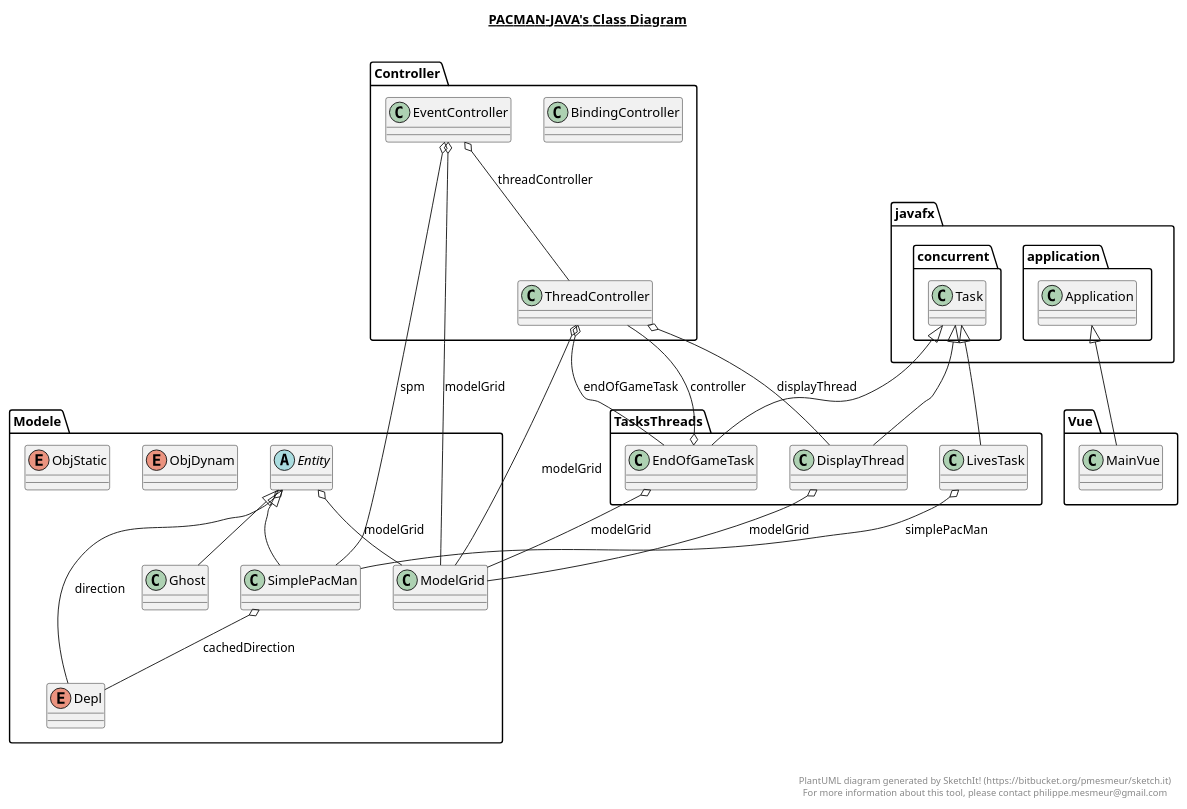
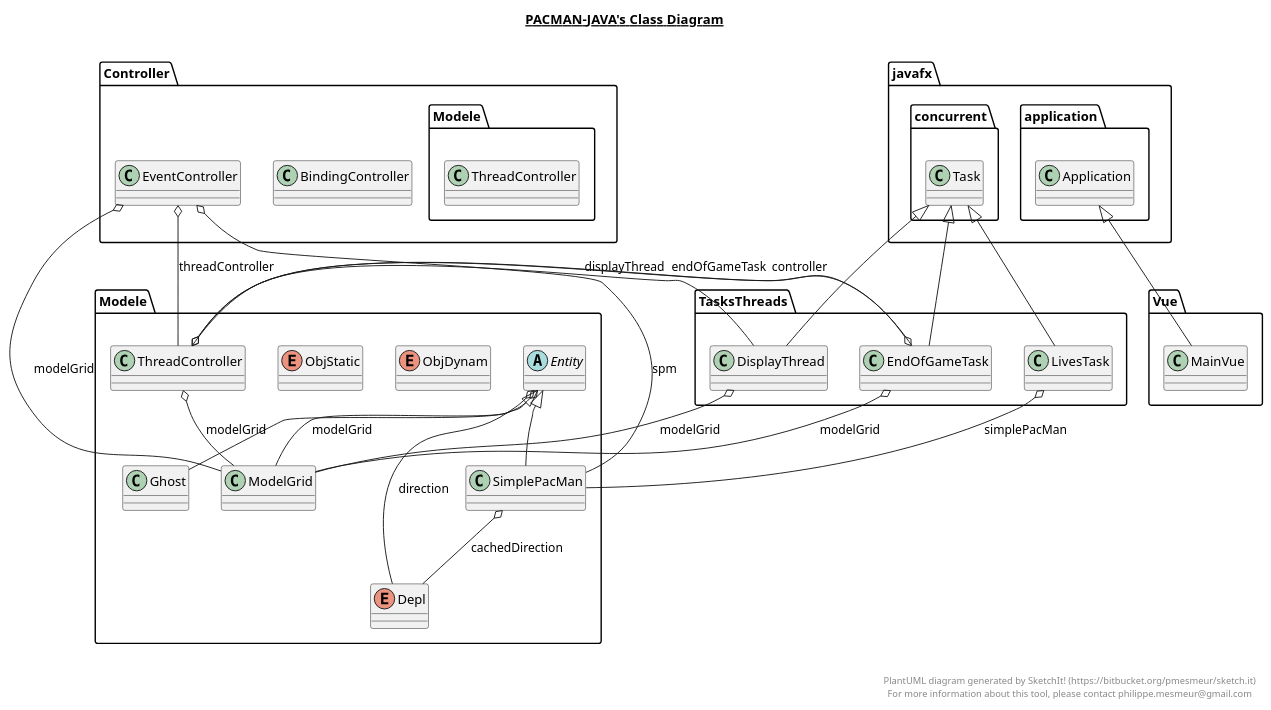
Before and after one commit to SimonGaufreteau/PacMan-Java: the diagram in PacMan-Java.plantuml, drawn with PlantUML. The commit also changed 10 other files, not shown here.

```diff
--- a/PacMan-Java.plantuml
+++ b/PacMan-Java.plantuml
@@ -1,118 +1,118 @@
 @startuml
 
 title __PACMAN-JAVA's Class Diagram__\n
 
   namespace Controller {
     class Controller.BindingController {
     }
   }
   
 
   namespace Controller {
     class Controller.EventController {
     }
   }
   
 
   namespace Controller {
-    class Controller.ThreadController {
+    class Modele.ThreadController {
     }
   }
   
 
   namespace Modele {
     enum Depl {
     }
   }
   
 
   namespace Modele {
     abstract class Modele.Entity {
     }
   }
   
 
   namespace Modele {
     class Modele.Ghost {
     }
   }
   
 
   namespace Modele {
     class Modele.ModelGrid {
     }
   }
   
 
   namespace Modele {
     enum ObjDynam {
     }
   }
   
 
   namespace Modele {
     enum ObjStatic {
     }
   }
   
 
   namespace Modele {
     class Modele.SimplePacMan {
     }
   }
   
 
   namespace TasksThreads {
     class TasksThreads.DisplayThread {
     }
   }
   
 
   namespace TasksThreads {
     class TasksThreads.EndOfGameTask {
     }
   }
   
 
   namespace TasksThreads {
     class TasksThreads.LivesTask {
     }
   }
   
 
   namespace Vue {
     class Vue.MainVue {
     }
   }
   
 
   Controller.EventController o-- Modele.ModelGrid : modelGrid
   Controller.EventController o-- Modele.SimplePacMan : spm
-  Controller.EventController o-- Controller.ThreadController : threadController
-  Controller.ThreadController o-- TasksThreads.DisplayThread : displayThread
-  Controller.ThreadController o-- TasksThreads.EndOfGameTask : endOfGameTask
-  Controller.ThreadController o-- Modele.ModelGrid : modelGrid
-  Controller.ThreadController o-- Controller.BindingController.direction : paneDirection
+  Controller.EventController o-- Modele.ThreadController : threadController
+  Modele.ThreadController o-- TasksThreads.DisplayThread : displayThread
+  Modele.ThreadController o-- TasksThreads.EndOfGameTask : endOfGameTask
+  Modele.ThreadController o-- Modele.ModelGrid : modelGrid
+  Modele.ThreadController o-- Controller.BindingController.direction : paneDirection
   Modele.Entity o-- Modele.Depl : direction
   Modele.Entity o-- Modele.ModelGrid : modelGrid
   Modele.Ghost -up-|> Modele.Entity
   Modele.SimplePacMan -up-|> Modele.Entity
   Modele.SimplePacMan o-- Modele.Depl : cachedDirection
   TasksThreads.DisplayThread -up-|> javafx.concurrent.Task
   TasksThreads.DisplayThread o-- Modele.ModelGrid : modelGrid
   TasksThreads.EndOfGameTask -up-|> javafx.concurrent.Task
-  TasksThreads.EndOfGameTask o-- Controller.ThreadController : controller
+  TasksThreads.EndOfGameTask o-- Modele.ThreadController : controller
   TasksThreads.EndOfGameTask o-- Modele.ModelGrid : modelGrid
   TasksThreads.LivesTask -up-|> javafx.concurrent.Task
   TasksThreads.LivesTask o-- Modele.SimplePacMan : simplePacMan
   Vue.MainVue -up-|> javafx.application.Application
 
 
 right footer
 
 
 PlantUML diagram generated by SketchIt! (https://bitbucket.org/pmesmeur/sketch.it)
 For more information about this tool, please contact philippe.mesmeur@gmail.com
 endfooter
 
 @enduml
```
